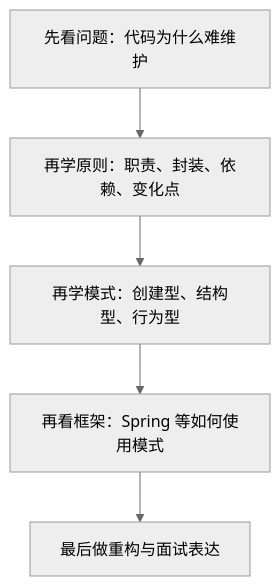
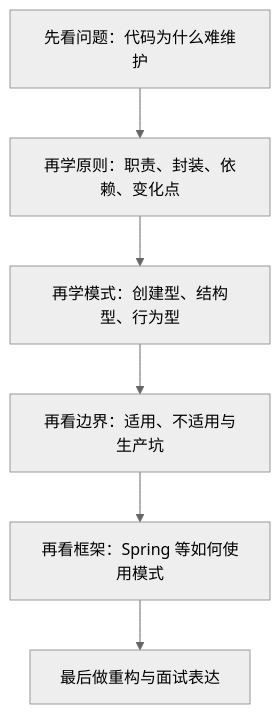
Before and after one commit to qxq1997/learning_stuff: the diagram in 设计模式/00_学习路径.md, drawn with Mermaid (neutral theme). The commit also changed other lines of this file and 51 other files, not shown here.

````diff
--- a/设计模式/00_学习路径.md
+++ b/设计模式/00_学习路径.md
@@ -96,7 +107,8 @@
 ```mermaid
 flowchart TD
     A["先看问题：代码为什么难维护"] --> B["再学原则：职责、封装、依赖、变化点"]
     B --> C["再学模式：创建型、结构型、行为型"]
-    C --> D["再看框架：Spring 等如何使用模式"]
-    D --> E["最后做重构与面试表达"]
+    C --> D["再看边界：适用、不适用与生产坑"]
+    D --> E["再看框架：Spring 等如何使用模式"]
+    E --> F["最后做重构与面试表达"]
 ```
````
